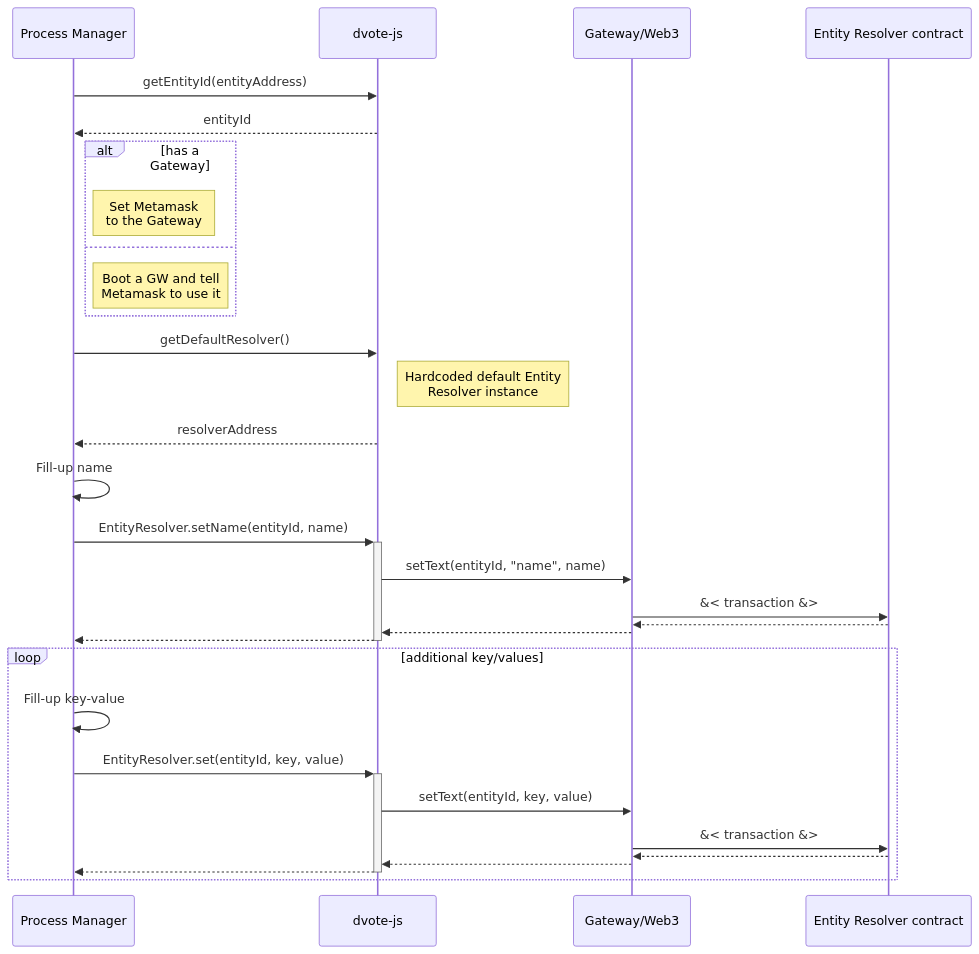
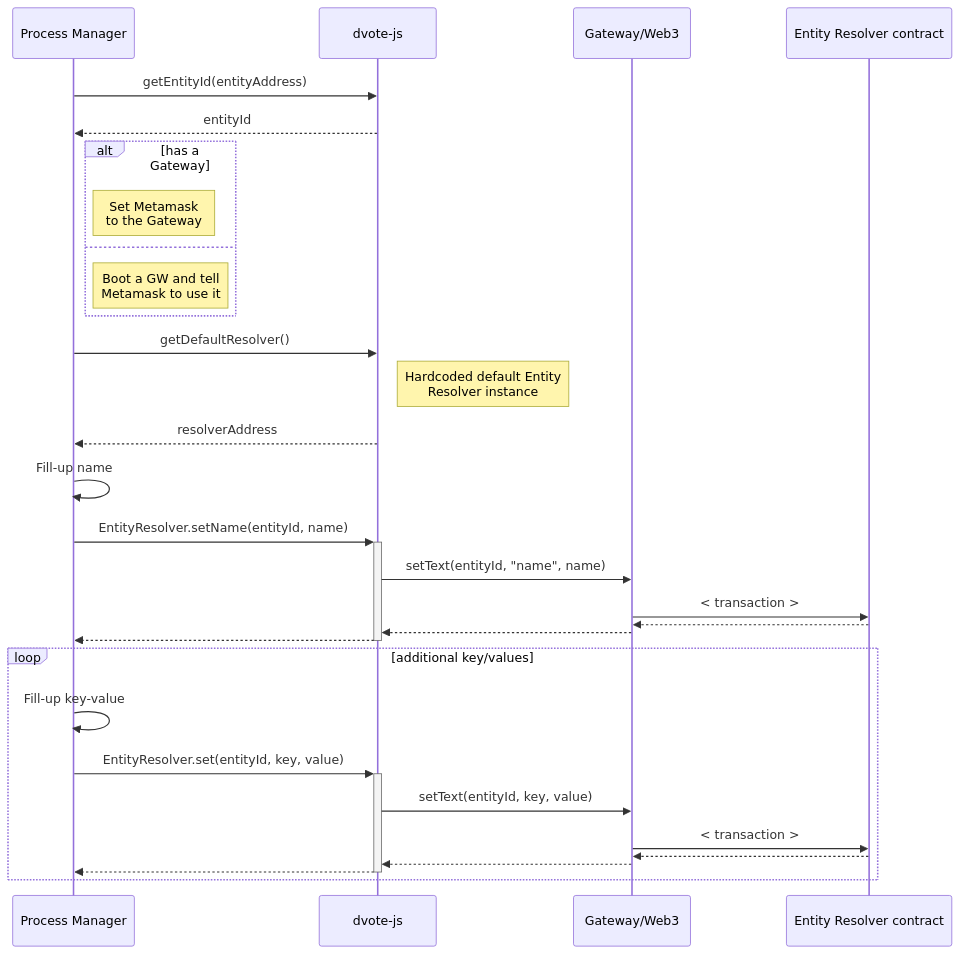
One commit to vocdoni/docs changed the first of 15 diagrams in docs/architecture/sequence-diagrams.md. Above: the diagram before and after it, drawn with Mermaid. The commit also changed other lines of this file and 1 other file, not shown here.

````diff
--- a/docs/architecture/sequence-diagrams.md
+++ b/docs/architecture/sequence-diagrams.md
@@ -41,41 +41,41 @@
 ```mermaid
 
 sequenceDiagram
     participant PM as Process Manager
     participant DV as dvote-js
     participant GW as Gateway/Web3
     participant ER as Entity Resolver contract
 
     PM->>DV: getEntityId(entityAddress)
     DV-->>PM: entityId
 
     alt has a Gateway
         Note right of PM: Set Metamask <br/> to the Gateway
     else
         Note right of PM: Boot a GW and tell <br/> Metamask to use it
     end
 
     PM->>DV: getDefaultResolver()
         Note right of DV: Hardcoded default Entity<br/>Resolver instance
     DV-->>PM: resolverAddress
 
 
     PM->>PM: Fill-up name
     PM->>+DV: EntityResolver.setName(entityId, name)
         DV->>GW: setText(entityId, "name", name)
-            GW->>ER: &#60; transaction &#62;
+            GW->>ER: #60; transaction #62;
             ER-->>GW: 
         GW-->>DV: 
     DV-->>-PM: 
 
     loop additional key/values
         PM->>PM: Fill-up key-value
         PM->>+DV: EntityResolver.set(entityId, key, value)
             DV->>GW: setText(entityId, key, value)
-                GW->>ER: &#60; transaction &#62;
+                GW->>ER: #60; transaction #62;
                 ER-->>GW: 
             GW-->>DV: 
         DV-->>-PM: 
     end
 
 ```
````
